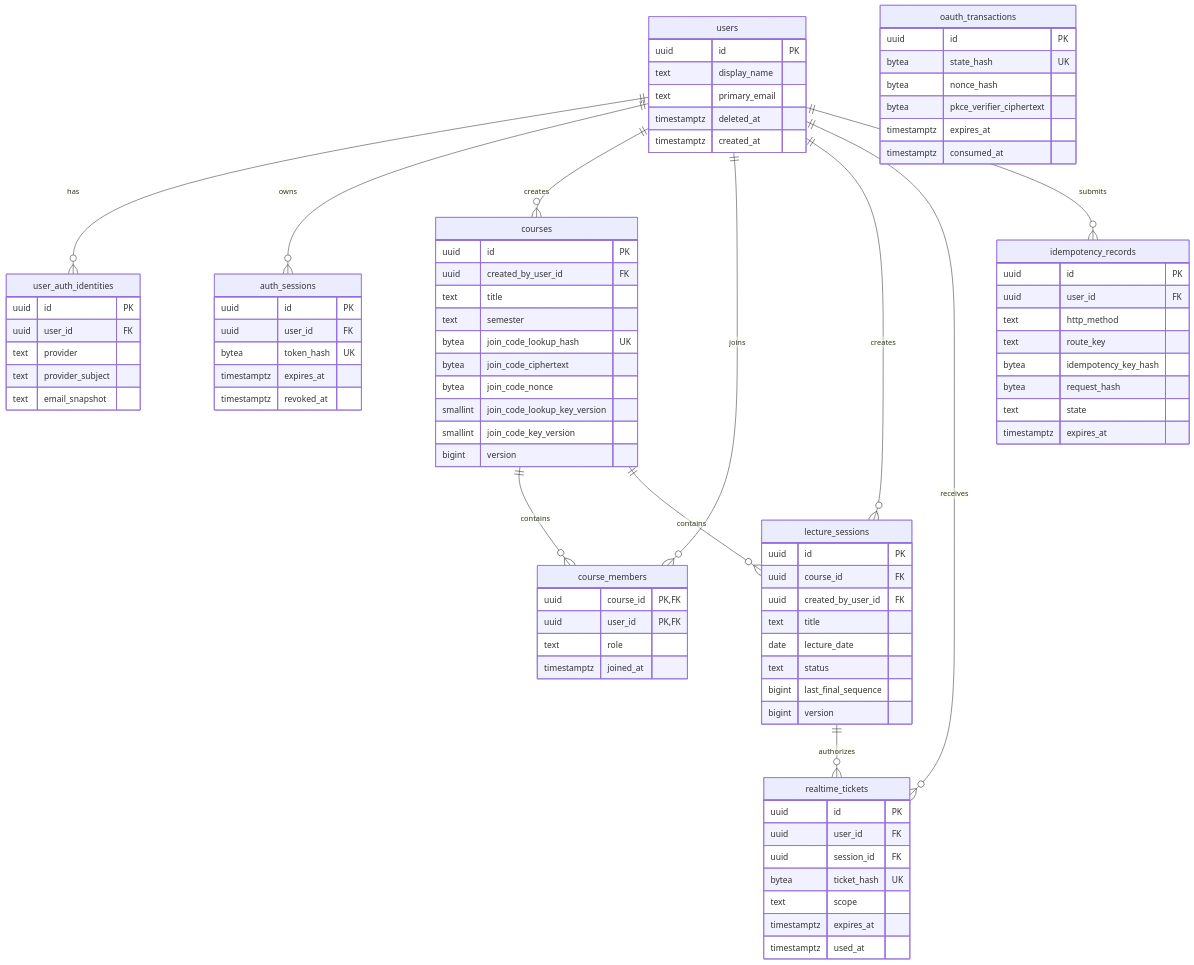
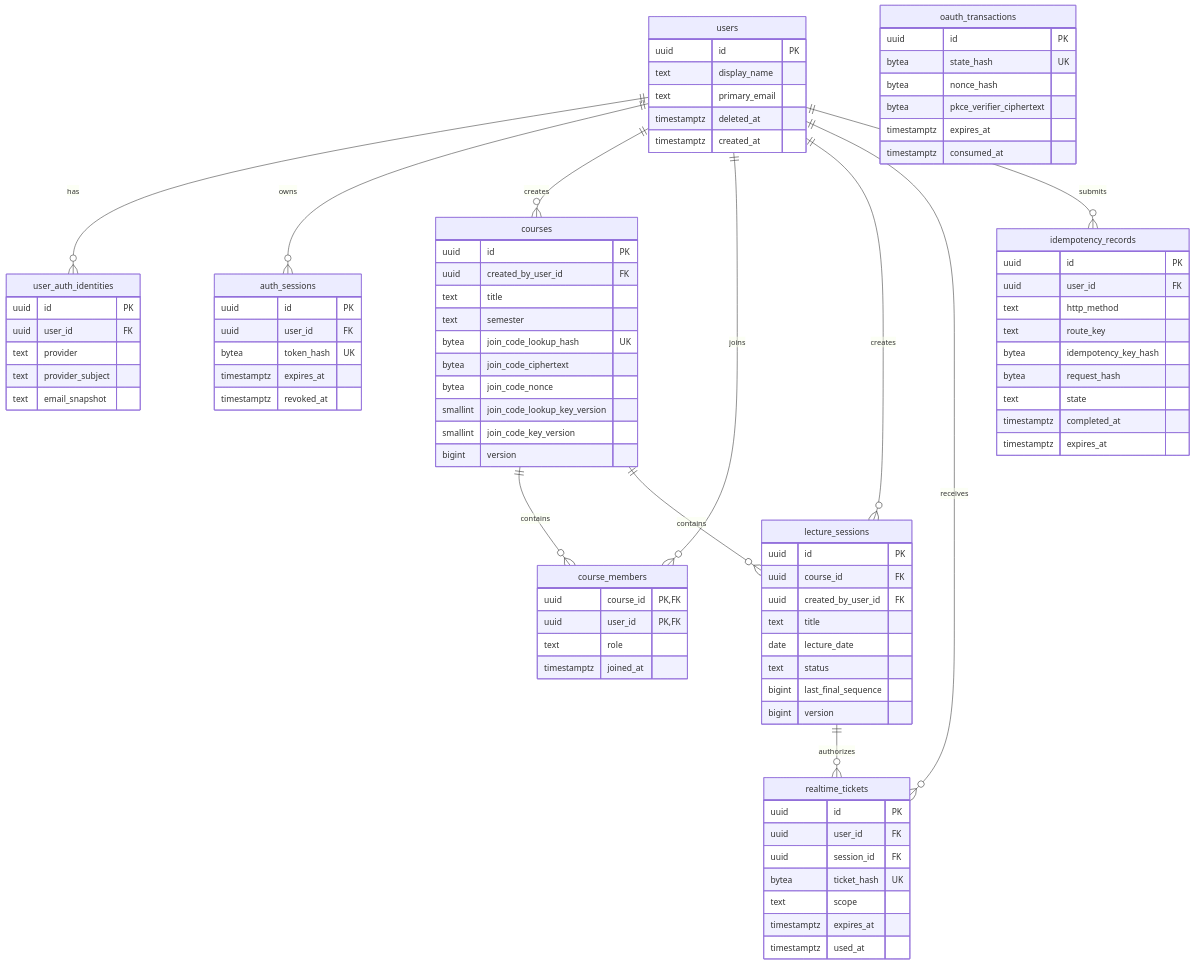
One commit to madcamp-official/26s-w2-c2-08 changed the first of 5 diagrams in docs/database/ERD.md. Above: the diagram before and after it, drawn with Mermaid. The commit also changed other lines of this file and 7 other files, not shown here.

```diff
--- a/docs/database/ERD.md
+++ b/docs/database/ERD.md
@@ -107,6 +107,7 @@
         bytea idempotency_key_hash
         bytea request_hash
         text state
+        timestamptz completed_at
         timestamptz expires_at
     }
 
```
